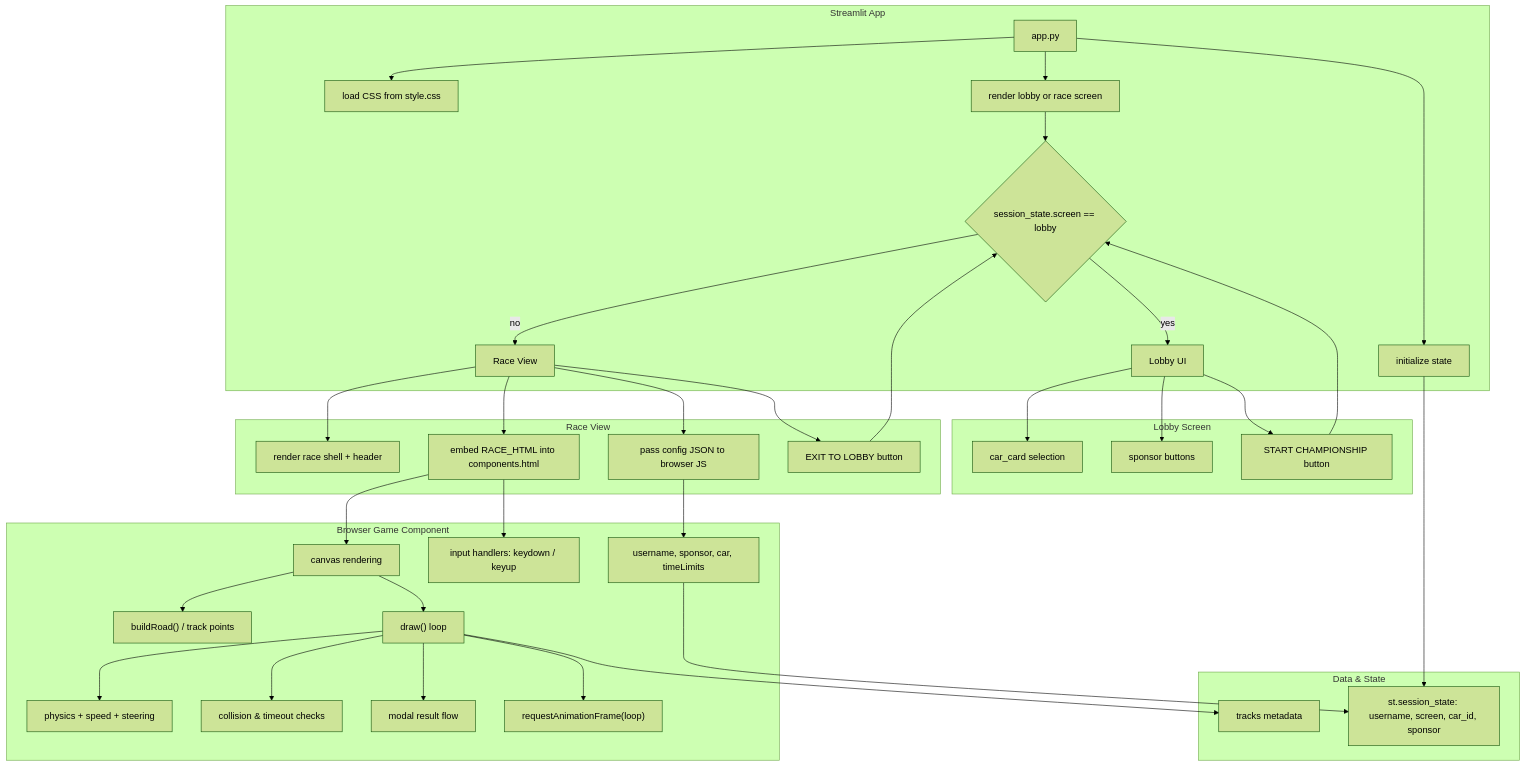
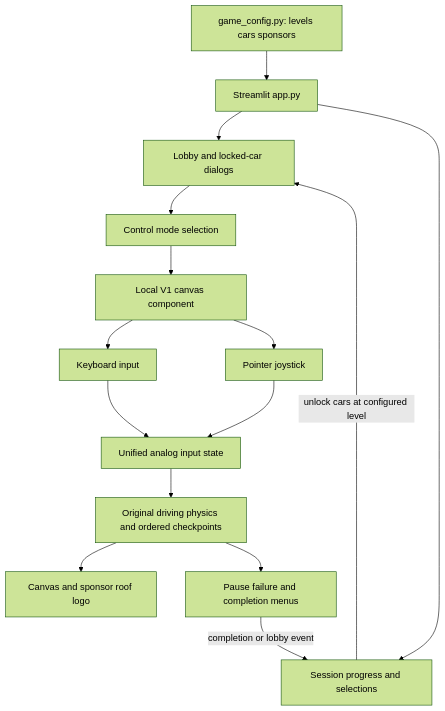
The diagram in md/architecture.md (DKxi/CrazyCarDevelopment), drawn with Mermaid (forest theme) before and after one commit. The commit also changed 25 other files, not shown here.

````diff
--- a/md/architecture.md
+++ b/md/architecture.md
@@ -1,50 +5,17 @@
 ```mermaid
----
-references:
-  - "File: /CrazyCar/app.py"
----
-flowchart TB
-    subgraph Streamlit App
-        A[app.py] --> B[initialize state]
-        A --> C[load CSS from style.css]
-        A --> D[render lobby or race screen]
-        D --> E{session_state.screen == lobby}
-        E -->|yes| F[Lobby UI]
-        E -->|no| G[Race View]
-    end
-
-    subgraph Lobby Screen
-        F --> H[car_card selection]
-        F --> I[sponsor buttons]
-        F --> J[START CHAMPIONSHIP button]
-    end
-
-    subgraph Race View
-        G --> K[render race shell + header]
-        G --> L[embed RACE_HTML into components.html]
-        G --> M[pass config JSON to browser JS]
-        G --> N[EXIT TO LOBBY button]
-    end
-
-    subgraph Browser Game Component
-        L --> O["canvas rendering"]
-        O --> P["buildRoad() / track points"]
-        O --> Q["draw() loop"]
-        Q --> R["physics + speed + steering"]
-        Q --> S["collision & timeout checks"]
-        Q --> T["modal result flow"]
-        Q --> U["requestAnimationFrame(loop)"]
-        L --> V["input handlers: keydown / keyup"]
-        M --> W["username, sponsor, car, timeLimits"]
-    end
-
-    subgraph Data & State
-        Q --> X[tracks metadata]
-        B --> Y[st.session_state: username, screen, car_id, sponsor]
-        W --> Y
-    end
-
-    N --> E
-    J --> E
-
+flowchart TD
+    App[Streamlit app.py] --> Lobby[Lobby and locked-car dialogs]
+    App --> Session[Session progress and selections]
+    Config[game_config.py: levels cars sponsors] --> App
+    Lobby --> Mode[Control mode selection]
+    Mode --> Race[Local V1 canvas component]
+    Race --> Keyboard[Keyboard input]
+    Race --> Joystick[Pointer joystick]
+    Keyboard --> Input[Unified analog input state]
+    Joystick --> Input
+    Input --> Physics[Original driving physics and ordered checkpoints]
+    Physics --> Render[Canvas and sponsor roof logo]
+    Physics --> Results[Pause failure and completion menus]
+    Results -->|completion or lobby event| Session
+    Session -->|unlock cars at configured level| Lobby
 ```
````
